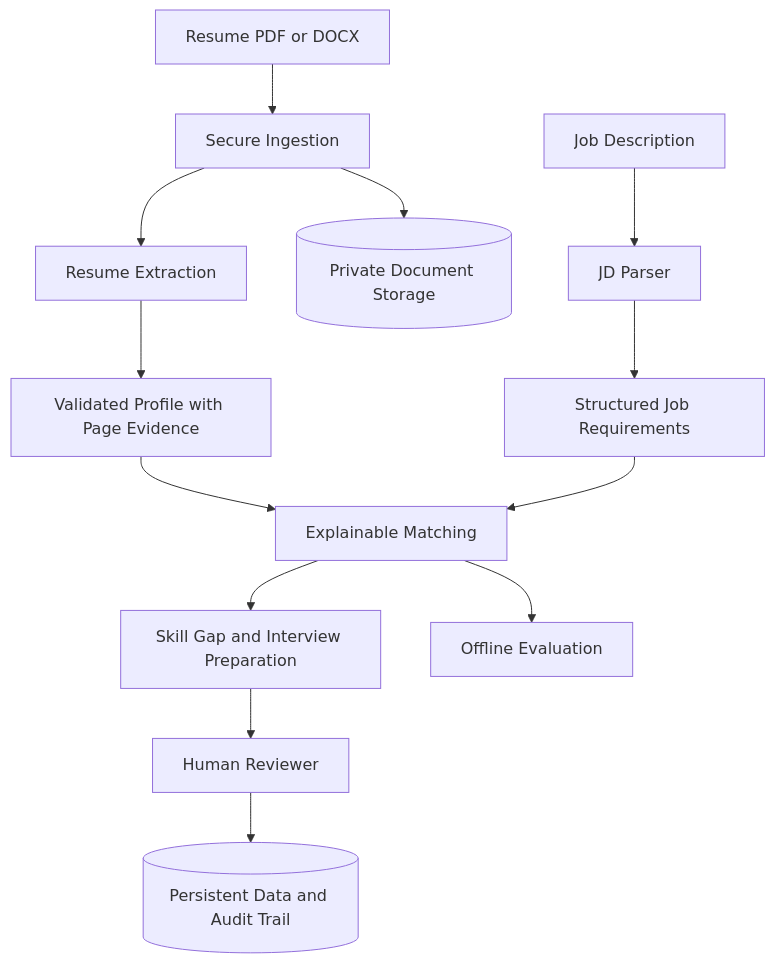
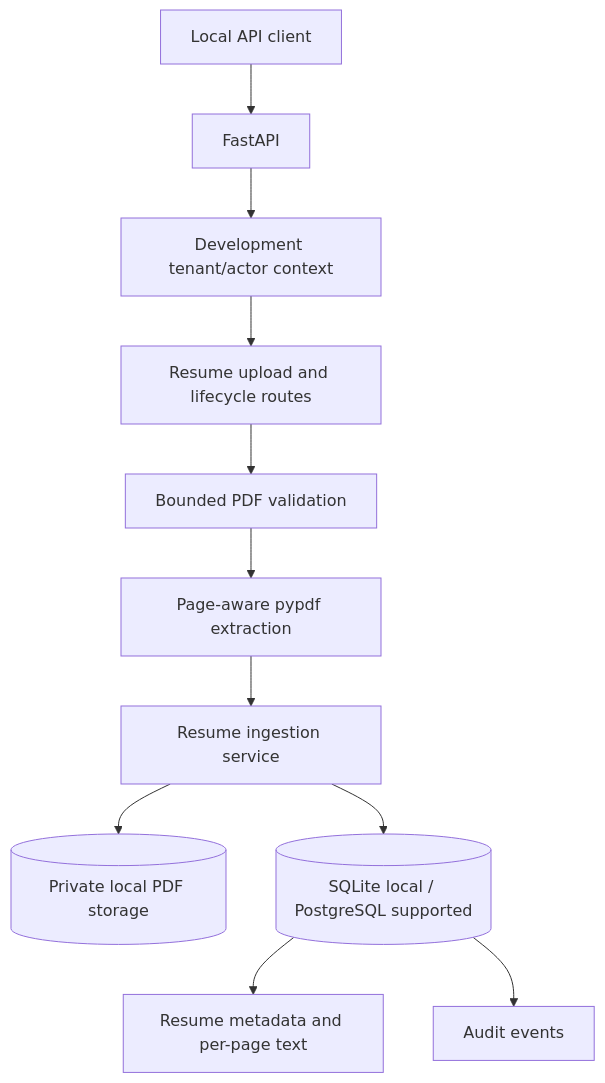
The diagram in README.md (Leonidus786/ai_hiring_copilot), drawn with Mermaid before and after one commit. The commit also changed other lines of this file, not shown here.

````diff
--- a/README.md
+++ b/README.md
@@ -108,15 +29,13 @@
 ```mermaid
 flowchart TD
-    R[Resume PDF or DOCX] --> I[Secure Ingestion]
-    J[Job Description] --> P[JD Parser]
-    I --> X[Resume Extraction]
-    X --> S[Validated Profile with Page Evidence]
-    P --> Q[Structured Job Requirements]
-    S --> M[Explainable Matching]
-    Q --> M
-    M --> G[Skill Gap and Interview Preparation]
-    G --> H[Human Reviewer]
-    H --> D[(Persistent Data and Audit Trail)]
-    I --> O[(Private Document Storage)]
-    M --> E[Offline Evaluation]
+    C[Local API client] --> API[FastAPI]
+    API --> ID[Development tenant/actor context]
+    ID --> UP[Resume upload and lifecycle routes]
+    UP --> VAL[Bounded PDF validation]
+    VAL --> EXT[Page-aware pypdf extraction]
+    EXT --> SVC[Resume ingestion service]
+    SVC --> FS[(Private local PDF storage)]
+    SVC --> DB[(SQLite local / PostgreSQL supported)]
+    DB --> P[Resume metadata and per-page text]
+    DB --> A[Audit events]
 ```
````
